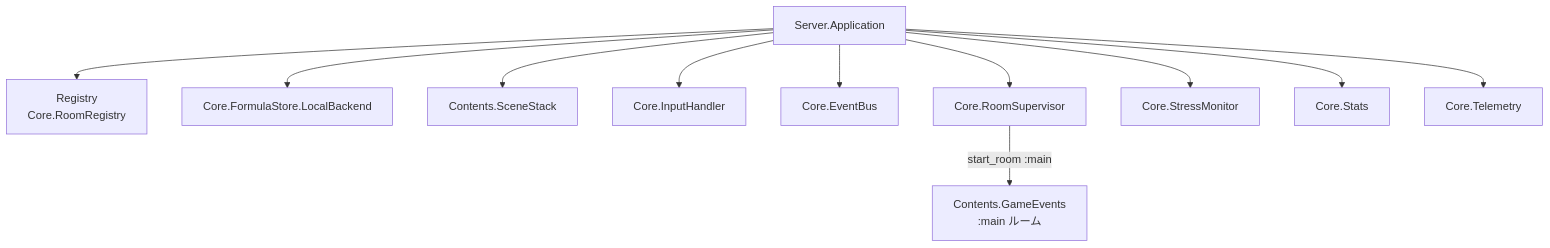
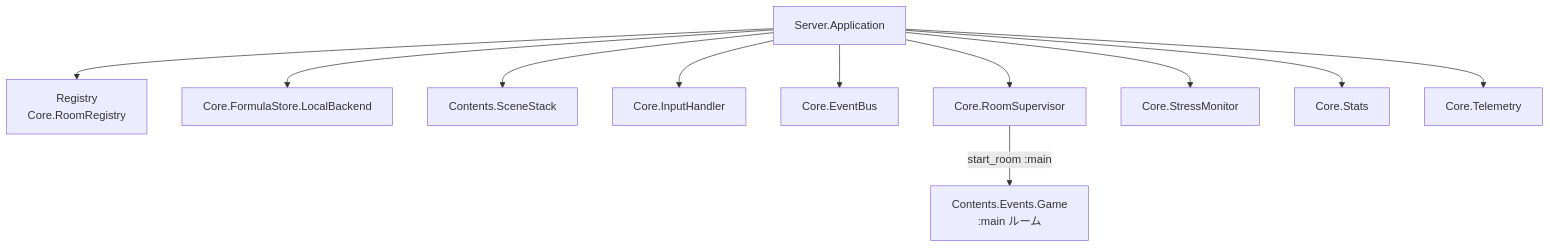
One commit to FRICK-ELDY/alchemy-engine changed the second of 2 diagrams in docs/architecture/elixir/server.md. Above: the diagram before and after it, drawn with Mermaid. The commit also changed other lines of this file and 16 other files, not shown here.

Commit message:
refactor(contents): GameEvents を Contents.Events.Game に移行（Phase 1）

````diff
--- a/docs/architecture/elixir/server.md
+++ b/docs/architecture/elixir/server.md
@@ -29,25 +29,25 @@
 ```mermaid
 graph TD
     APP[Server.Application]
     REG[Registry<br/>Core.RoomRegistry]
     FS[Core.FormulaStore.LocalBackend]
     SS[Contents.SceneStack]
     IH[Core.InputHandler]
     EB[Core.EventBus]
     RS[Core.RoomSupervisor]
-    GEV[Contents.GameEvents<br/>:main ルーム]
+    GEV[Contents.Events.Game<br/>:main ルーム]
     MON[Core.StressMonitor]
     STATS[Core.Stats]
     TEL[Core.Telemetry]
 
     APP --> REG
     APP --> FS
     APP --> SS
     APP --> IH
     APP --> EB
     APP --> RS
     RS -->|start_room :main| GEV
     APP --> MON
     APP --> STATS
     APP --> TEL
 ```
````
